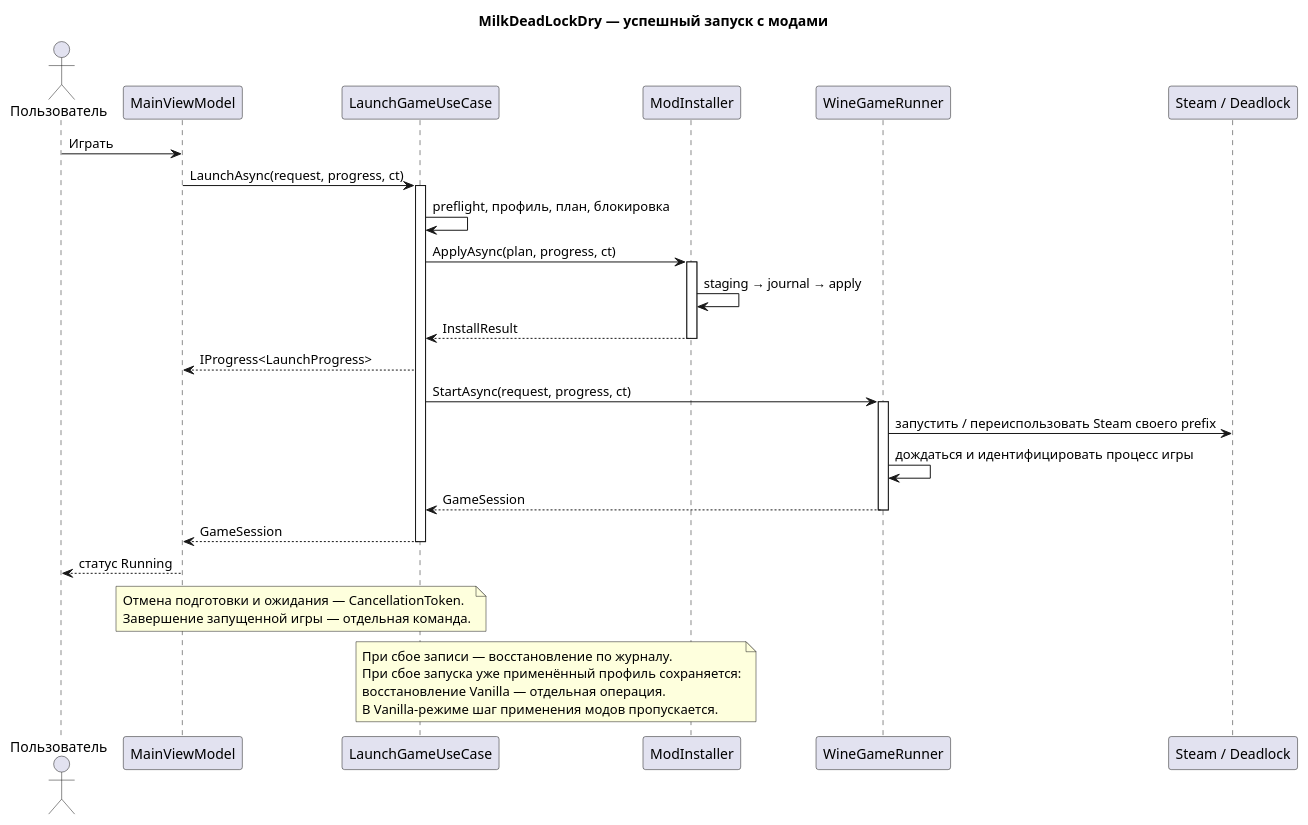
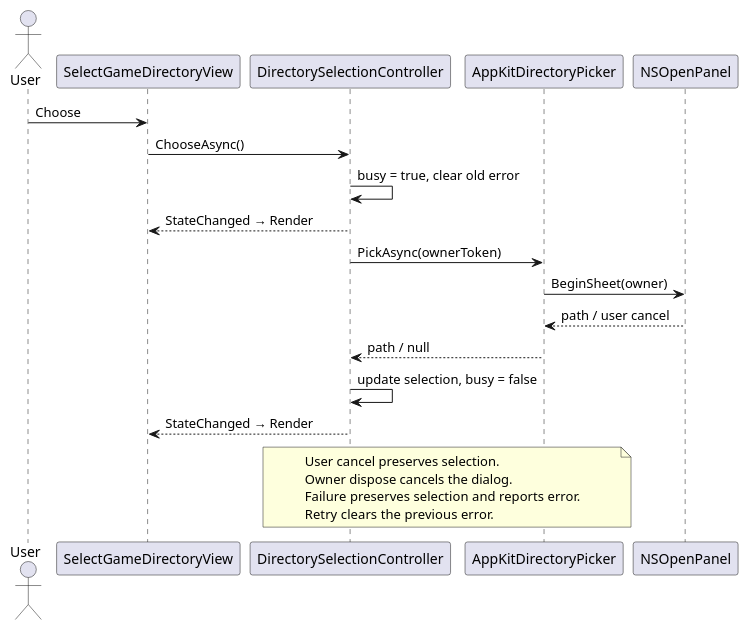
Before and after one commit to F3T1W/MilkDeadLockDry: the third of 3 diagrams in docs/architecture.puml, drawn with PlantUML. The commit also changed other lines of this file and 33 other files, not shown here.

Commit message:
refactor(architecture): Restructured to FSD

```diff
--- a/docs/architecture.puml
+++ b/docs/architecture.puml
@@ -76,39 +60,23 @@
-@startuml launch
-title MilkDeadLockDry — успешный запуск с модами
-skinparam shadowing false
-actor Пользователь as User
-participant MainViewModel as VM
-participant LaunchGameUseCase as UC
-participant ModInstaller as Mods
-participant WineGameRunner as Runner
-participant "Steam / Deadlock" as Game
-User -> VM : Играть
-VM -> UC : LaunchAsync(request, progress, ct)
-activate UC
-UC -> UC : preflight, профиль, план, блокировка
-UC -> Mods : ApplyAsync(plan, progress, ct)
-activate Mods
-Mods -> Mods : staging → journal → apply
-Mods --> UC : InstallResult
-deactivate Mods
-UC --> VM : IProgress<LaunchProgress>
-UC -> Runner : StartAsync(request, progress, ct)
-activate Runner
-Runner -> Game : запустить / переиспользовать Steam своего prefix
-Runner -> Runner : дождаться и идентифицировать процесс игры
-Runner --> UC : GameSession
-deactivate Runner
-UC --> VM : GameSession
-deactivate UC
-VM --> User : статус Running
-note over VM, UC
-  Отмена подготовки и ожидания — CancellationToken.
-  Завершение запущенной игры — отдельная команда.
-end note
-note over UC, Mods
-  При сбое записи — восстановление по журналу.
-  При сбое запуска уже применённый профиль сохраняется:
-  восстановление Vanilla — отдельная операция.
-  В Vanilla-режиме шаг применения модов пропускается.
+@startuml select
+actor User
+participant SelectGameDirectoryView as View
+participant DirectorySelectionController as Action
+participant AppKitDirectoryPicker as Picker
+participant NSOpenPanel as Panel
+User -> View : Choose
+View -> Action : ChooseAsync()
+Action -> Action : busy = true, clear old error
+Action --> View : StateChanged → Render
+Action -> Picker : PickAsync(ownerToken)
+Picker -> Panel : BeginSheet(owner)
+Panel --> Picker : path / user cancel
+Picker --> Action : path / null
+Action -> Action : update selection, busy = false
+Action --> View : StateChanged → Render
+note over Action, Picker
+  User cancel preserves selection.
+  Owner dispose cancels the dialog.
+  Failure preserves selection and reports error.
+  Retry clears the previous error.
 end note
 @enduml
```
